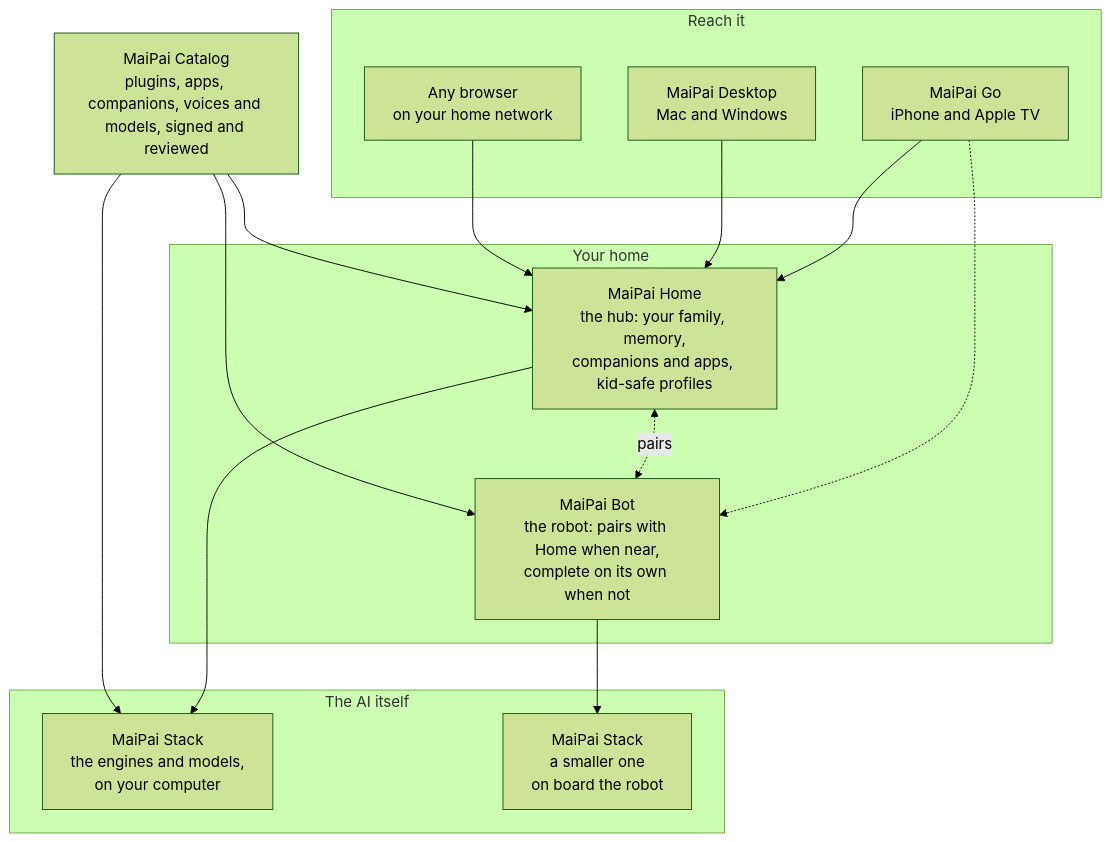
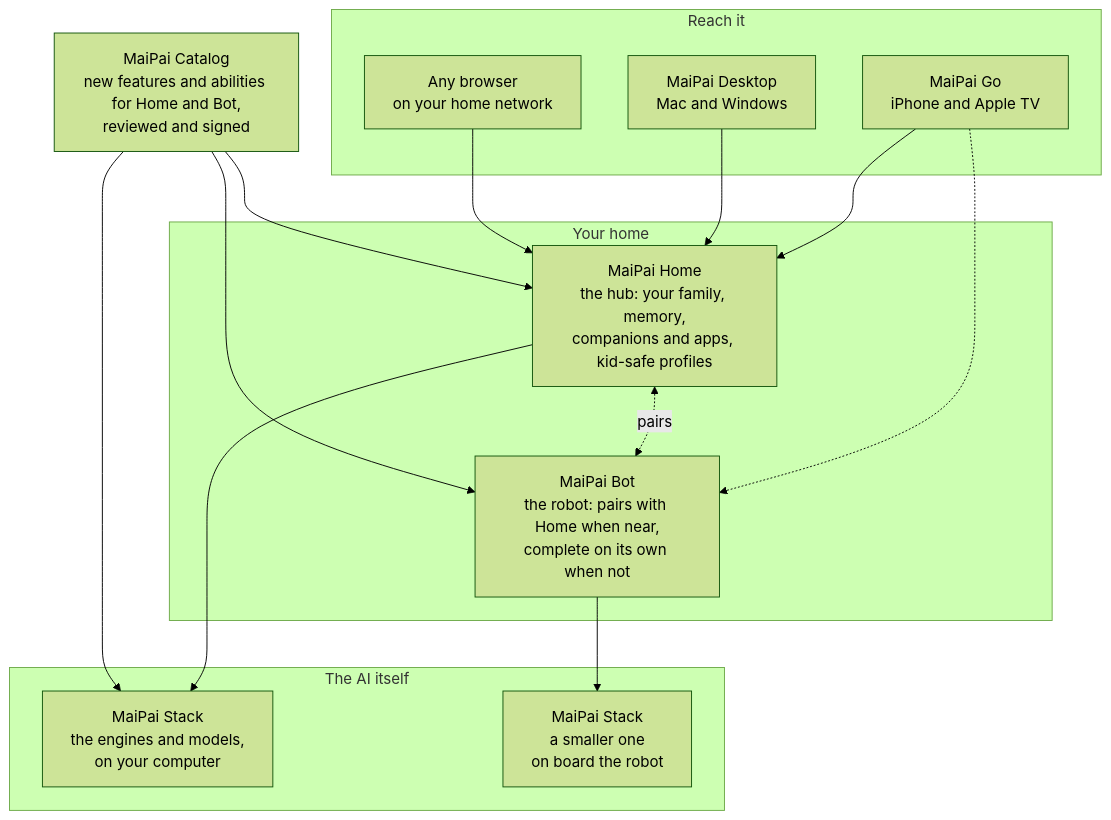
One commit to getmaipai/.github changed the diagram in profile/README.md. Above: the diagram before and after it, drawn with Mermaid (forest theme). The commit also changed other lines of this file and 1 other file, not shown here.

First line of the commit message:
Copy: the Catalog pitch is about features and abilities for Home and Bot

````diff
--- a/profile/README.md
+++ b/profile/README.md
@@ -82,27 +82,27 @@
 ```mermaid
 flowchart TB
   subgraph reach["Reach it"]
     go["MaiPai Go<br/>iPhone and Apple TV"]
     desktop["MaiPai Desktop<br/>Mac and Windows"]
     browser["Any browser<br/>on your home network"]
   end
   subgraph house["Your home"]
     home["MaiPai Home<br/>the hub: your family, memory,<br/>companions and apps, kid-safe profiles"]
     bot["MaiPai Bot<br/>the robot: pairs with Home when near,<br/>complete on its own when not"]
   end
   subgraph ai["The AI itself"]
     stack["MaiPai Stack<br/>the engines and models,<br/>on your computer"]
     stack2["MaiPai Stack<br/>a smaller one<br/>on board the robot"]
   end
-  catalog["MaiPai Catalog<br/>plugins, apps, companions, voices and models, signed and reviewed"]
+  catalog["MaiPai Catalog<br/>new features and abilities for Home and Bot,<br/>reviewed and signed"]
   go --> home
   desktop --> home
   browser --> home
   go -.-> bot
   home <-.->|pairs| bot
   home --> stack
   bot --> stack2
   catalog --> home
   catalog --> bot
   catalog --> stack
 ```
````
